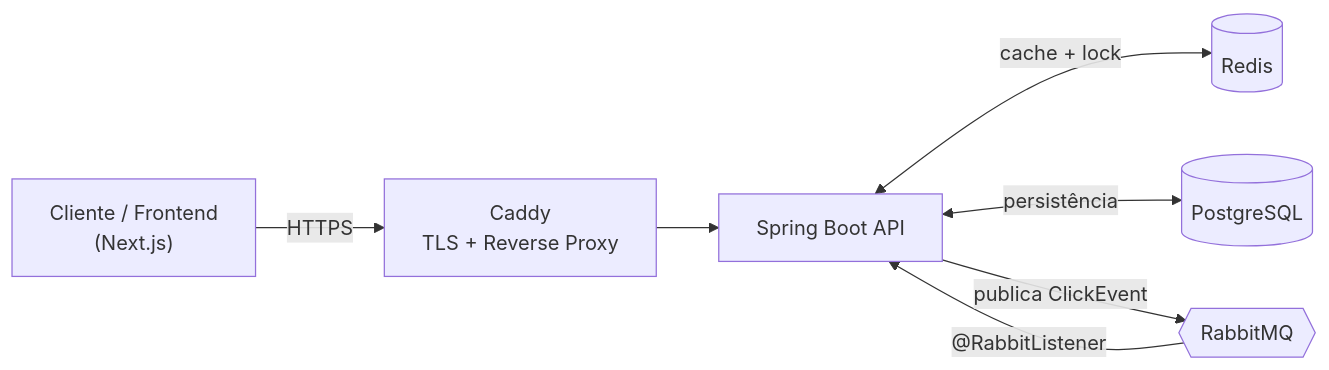
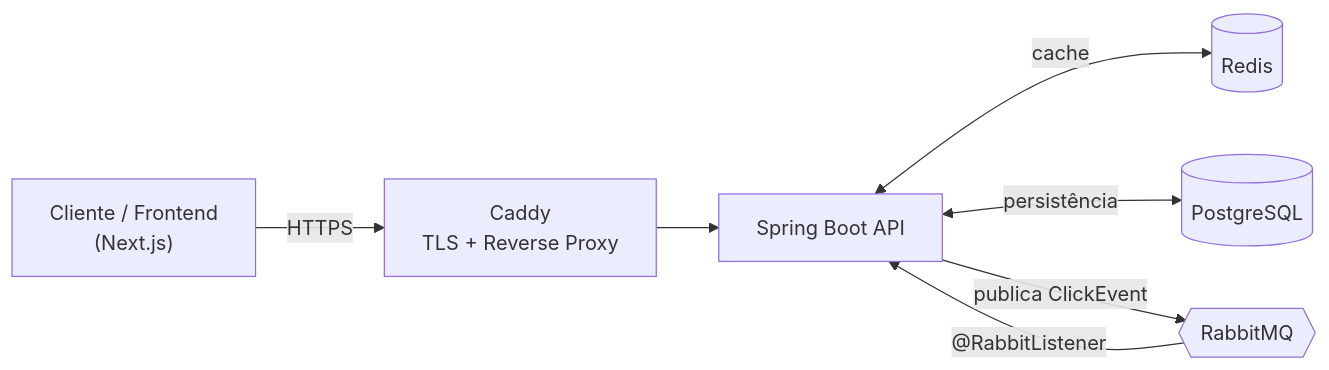
One commit to siyFred/url-shortener-api changed the first of 4 diagrams in README.md. Above: the diagram before and after it, drawn with Mermaid. The commit also changed other lines of this file and 7 other files, not shown here.

````diff
--- a/README.md
+++ b/README.md
@@ -53,9 +53,9 @@
 ```mermaid
 flowchart LR
     C["Cliente / Frontend<br/>(Next.js)"] -->|HTTPS| P["Caddy<br/>TLS + Reverse Proxy"]
     P --> A["Spring Boot API"]
-    A <-->|"cache + lock"| R[("Redis")]
+    A <-->|"cache"| R[("Redis")]
     A <-->|"persistência"| D[("PostgreSQL")]
     A -->|"publica ClickEvent"| Q{{"RabbitMQ"}}
     Q -->|"@RabbitListener"| A
 ```
````
